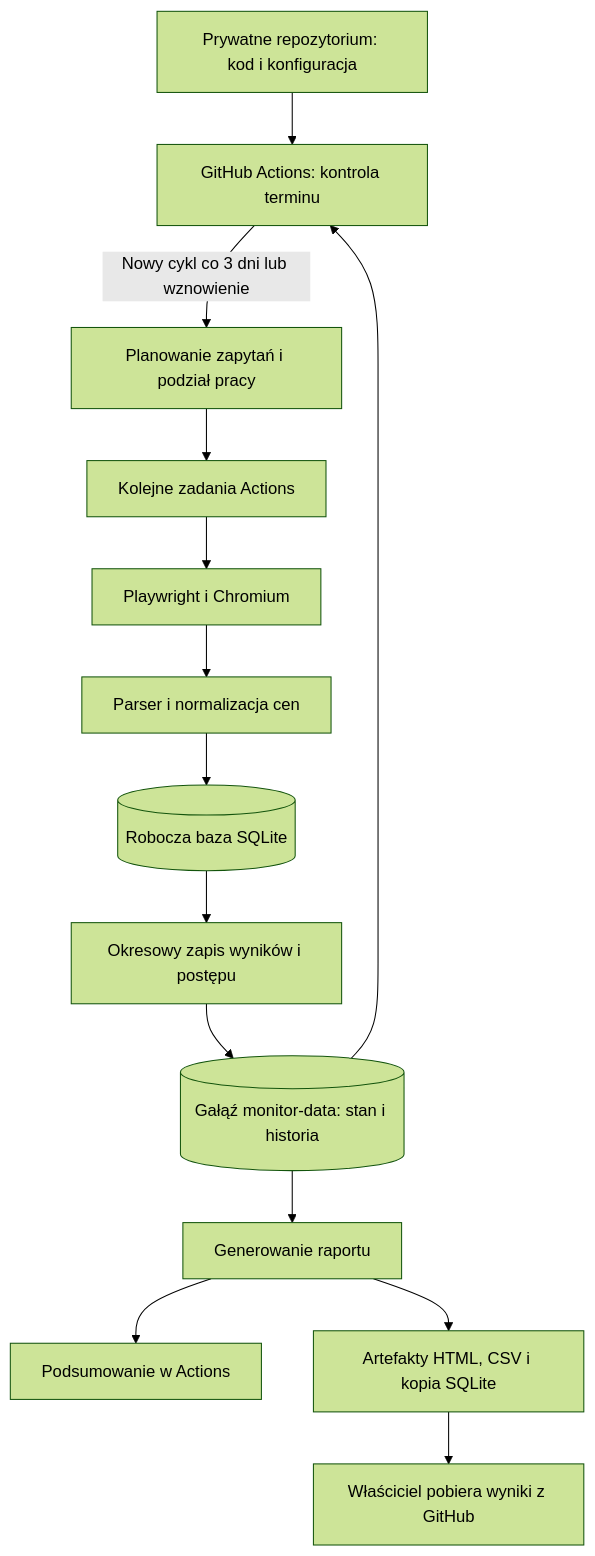
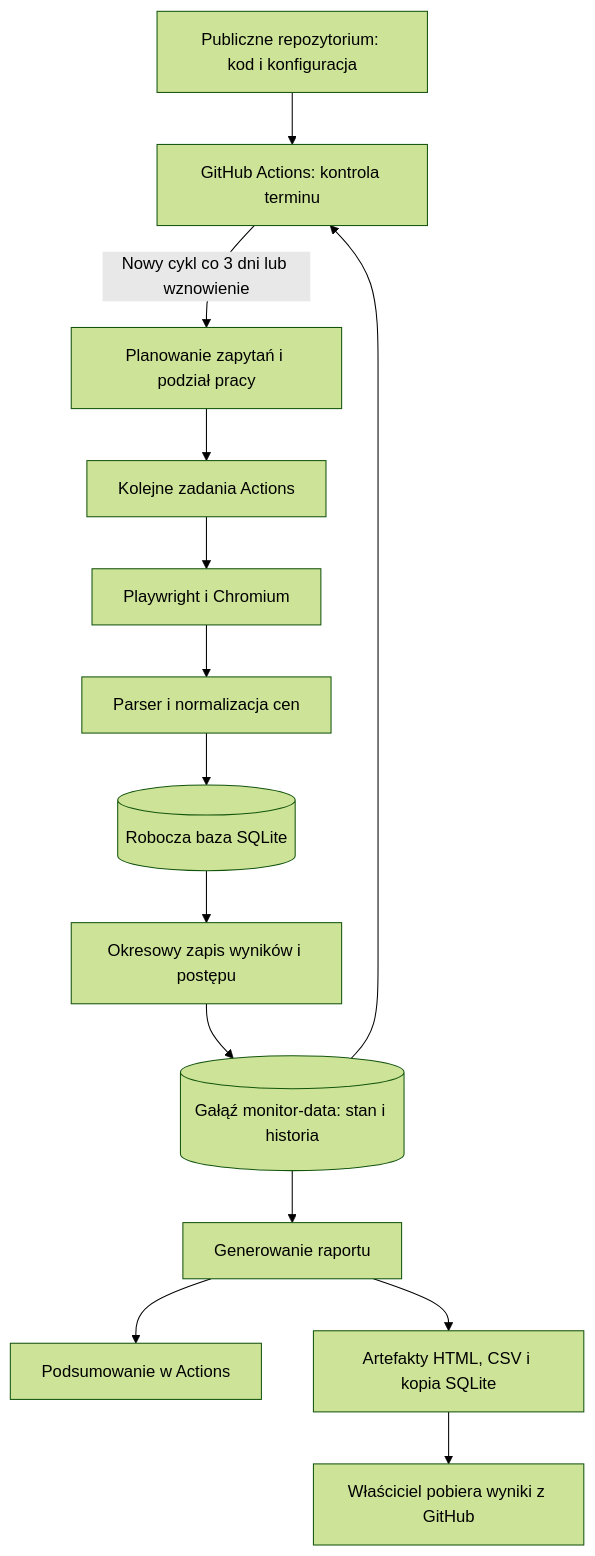
Before and after one commit to ringil-coder/Booking_scraper: the diagram in ARCHITEKTURA.md, drawn with Mermaid (forest theme). The commit also changed other lines of this file and 12 other files, not shown here.

First line of the commit message:
Repozytorium publiczne (D1): workflow, czyszczenie danych sesji, dokumentacja

````diff
--- a/ARCHITEKTURA.md
+++ b/ARCHITEKTURA.md
@@ -90,16 +90,16 @@
 ```mermaid
 flowchart TD
-    A[Prywatne repozytorium: kod i konfiguracja] --> G[GitHub Actions: kontrola terminu]
+    A[Publiczne repozytorium: kod i konfiguracja] --> G[GitHub Actions: kontrola terminu]
     S[(Gałąź monitor-data: stan i historia)] --> G
     G -->|Nowy cykl co 3 dni lub wznowienie| P[Planowanie zapytań i podział pracy]
     P --> W[Kolejne zadania Actions]
     W --> B[Playwright i Chromium]
     B --> N[Parser i normalizacja cen]
     N --> Q[(Robocza baza SQLite)]
     Q --> C[Okresowy zapis wyników i postępu]
     C --> S
     S --> R[Generowanie raportu]
     R --> H[Podsumowanie w Actions]
     R --> E[Artefakty HTML, CSV i kopia SQLite]
     E --> U[Właściciel pobiera wyniki z GitHub]
 ```
````
